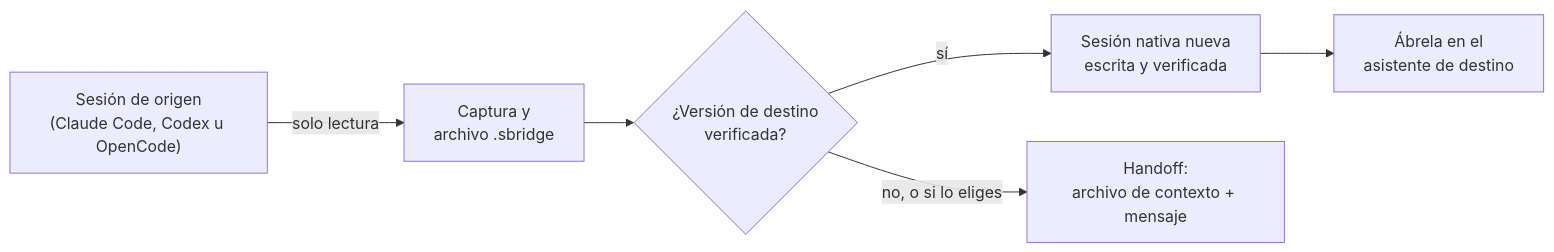
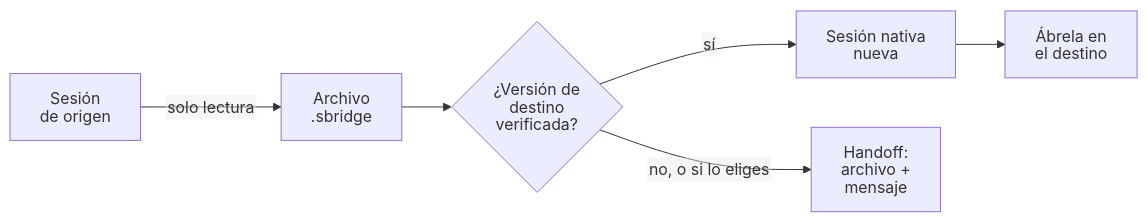
One commit to pma1999/session-bridge changed the diagram in README.es.md. Above: the diagram before and after it, drawn with Mermaid. The commit also changed 2 other files, not shown here.

Commit message:
Keep diagram labels from being cut off on GitHub
GitHub draws Mermaid labels in a slightly wider font than it measures them with, so longer lines were clipped inside their boxes. The diagrams now use SVG text labels, which are never clipped, and lines of at most 14 characters.

````diff
--- a/README.es.md
+++ b/README.es.md
@@ -80,8 +80,9 @@
 ```mermaid
+%%{init: {"htmlLabels": false, "flowchart": {"htmlLabels": false}}}%%
 flowchart LR
-    A["Sesión de origen<br/>(Claude Code, Codex u OpenCode)"] -->|solo lectura| B["Captura y<br/>archivo .sbridge"]
-    B --> C{"¿Versión de destino<br/>verificada?"}
-    C -->|sí| D["Sesión nativa nueva<br/>escrita y verificada"]
-    C -->|no, o si lo eliges| E["Handoff:<br/>archivo de contexto + mensaje"]
-    D --> F["Ábrela en el<br/>asistente de destino"]
+    A["Sesión<br/>de origen"] -->|solo lectura| B["Archivo<br/>.sbridge"]
+    B --> C{"¿Versión de<br/>destino<br/>verificada?"}
+    C -->|sí| D["Sesión nativa<br/>nueva"]
+    C -->|no, o si lo eliges| E["Handoff:<br/>archivo +<br/>mensaje"]
+    D --> F["Ábrela en<br/>el destino"]
 ```
````
